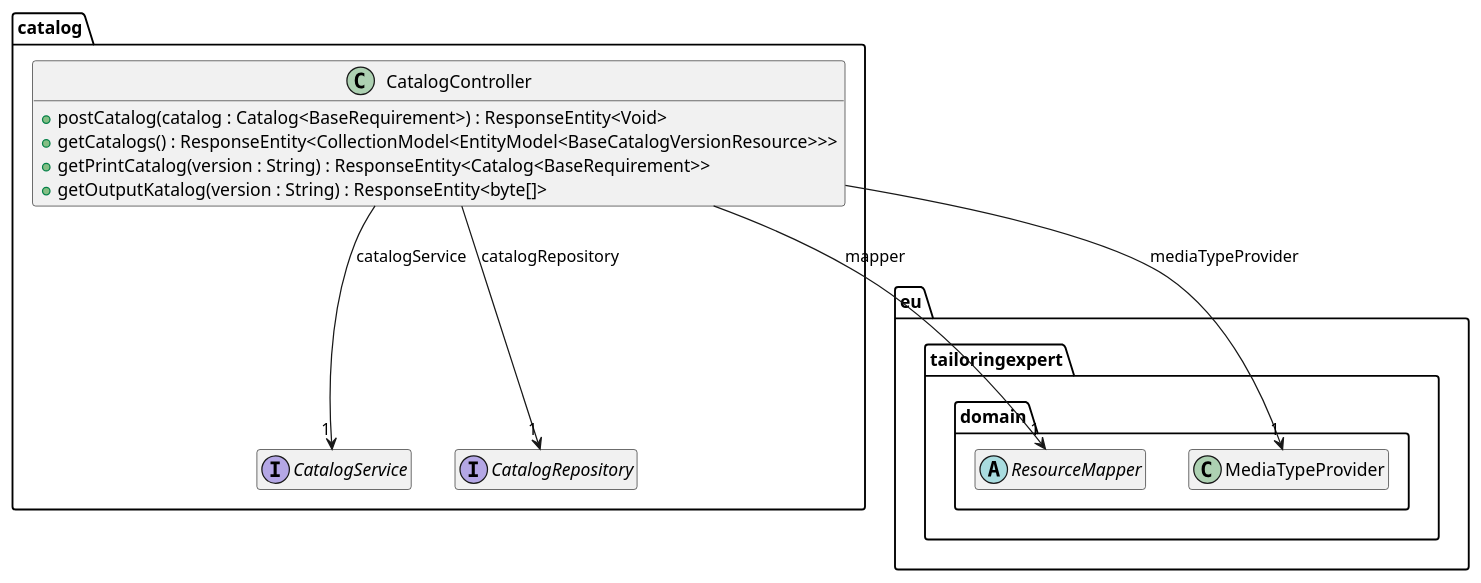
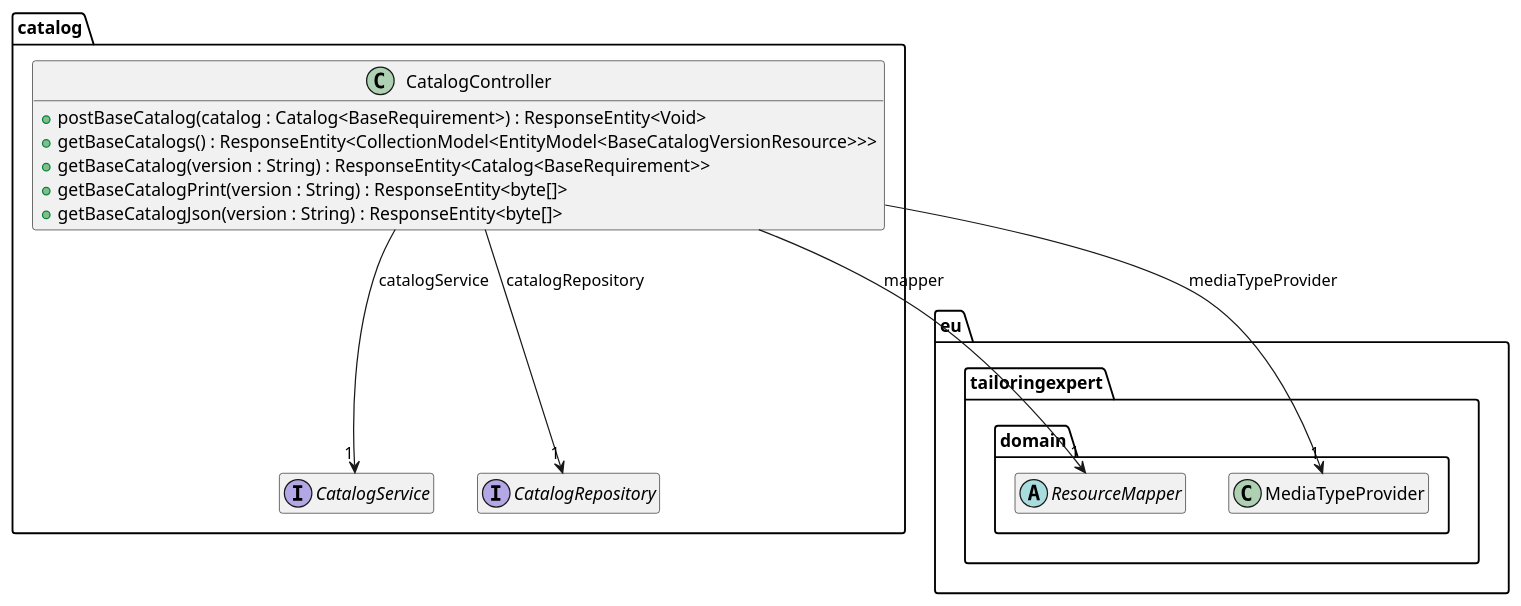
One commit to tailoringexpert/platform changed the diagram in src/site/arc42/plantuml/rest/catalog/Ebene3.plantuml. Above: the diagram before and after it, drawn with PlantUML. The commit also changed 20 other files, not shown here.

```diff
--- a/src/site/arc42/plantuml/rest/catalog/Ebene3.plantuml
+++ b/src/site/arc42/plantuml/rest/catalog/Ebene3.plantuml
@@ -1,32 +1,33 @@
 @startuml
 hide empty members
 
 package eu.tailoringexpert {
     package domain {
         abstract class ResourceMapper
         class MediaTypeProvider
     }
 }
 
 package catalog {
 
     interface CatalogService {
     }
 
     interface CatalogRepository {
     }
 
     class CatalogController {
-        +postCatalog(catalog : Catalog<BaseRequirement>) : ResponseEntity<Void>
-        +getCatalogs() : ResponseEntity<CollectionModel<EntityModel<BaseCatalogVersionResource>>>
-        +getPrintCatalog(version : String) : ResponseEntity<Catalog<BaseRequirement>>
-        +getOutputKatalog(version : String) : ResponseEntity<byte[]>
+        +postBaseCatalog(catalog : Catalog<BaseRequirement>) : ResponseEntity<Void>
+        +getBaseCatalogs() : ResponseEntity<CollectionModel<EntityModel<BaseCatalogVersionResource>>>
+        +getBaseCatalog(version : String) : ResponseEntity<Catalog<BaseRequirement>>
+        +getBaseCatalogPrint(version : String) : ResponseEntity<byte[]>
+        +getBaseCatalogJson(version : String) : ResponseEntity<byte[]>
     }
 
 
     CatalogController --> "1" ResourceMapper : mapper
     CatalogController --> "1" CatalogService : catalogService
     CatalogController --> "1" CatalogRepository : catalogRepository
     CatalogController --> "1" MediaTypeProvider : mediaTypeProvider
 }
 @enduml
```
